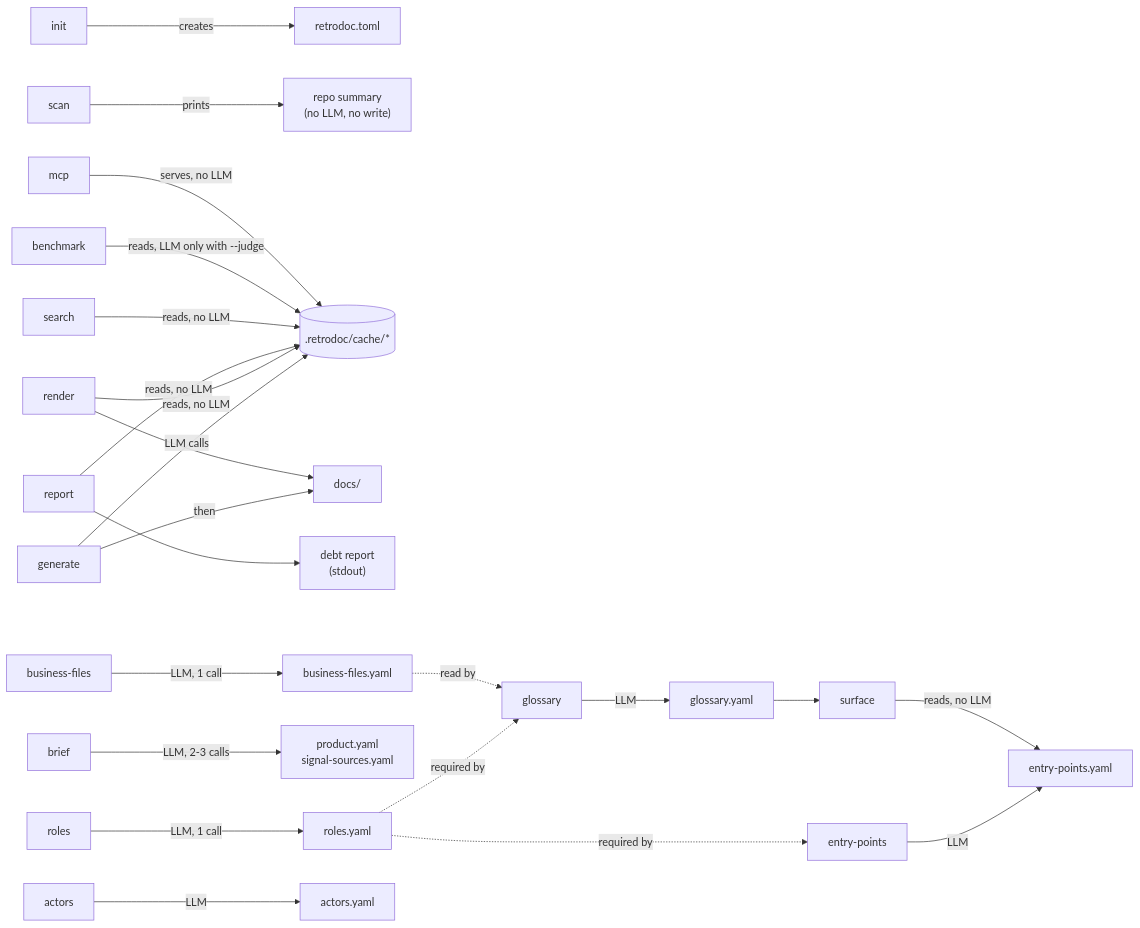
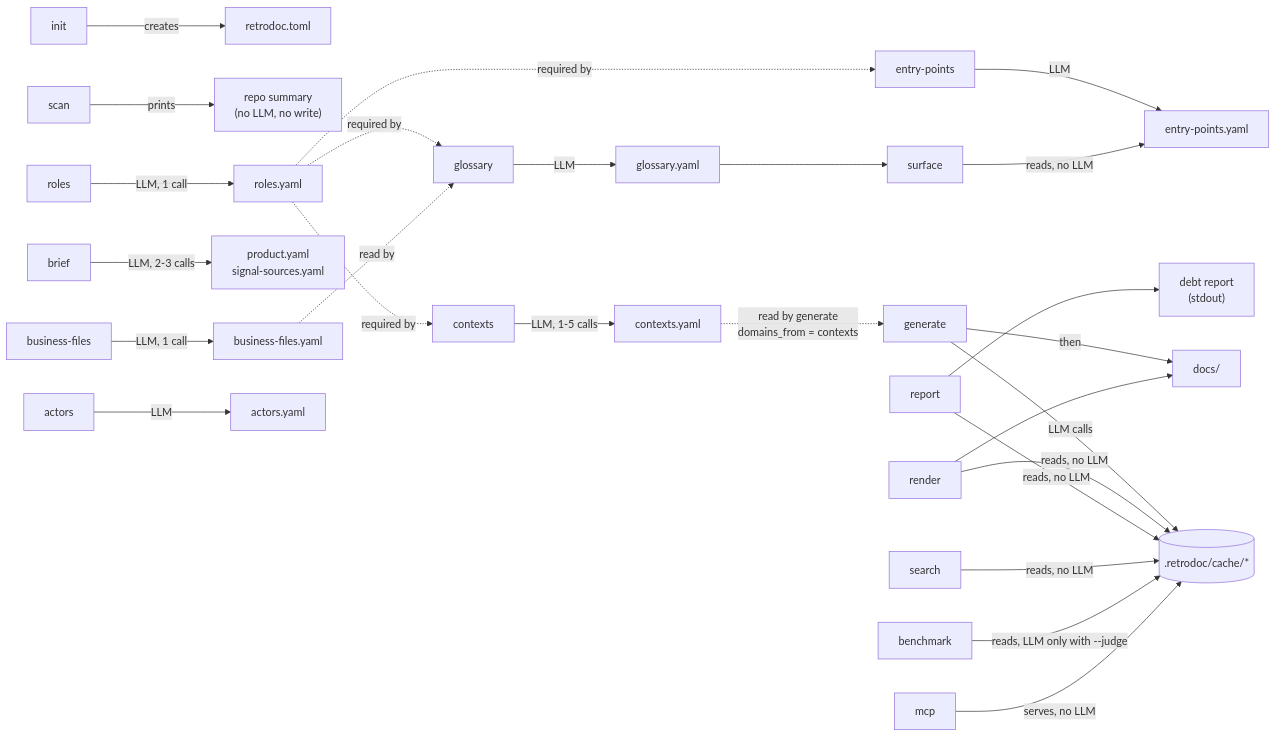
Before and after one commit to Electron-libre/RetroDoc: the third of 9 diagrams in docs/ARCHITECTURE.md, drawn with Mermaid. The commit also changed other lines of this file and 1 other file, not shown here.

Commit message:
docs: list the contexts command and phase in the plan and architecture
Add retrodoc contexts to the command list of the plan, a node and a
bullet to the architecture map, and the bounded contexts phase to
the roadmap.

````diff
--- a/docs/ARCHITECTURE.md
+++ b/docs/ARCHITECTURE.md
@@ -65,25 +65,28 @@
 ```mermaid
 flowchart LR
     init["init"] -->|creates| toml["retrodoc.toml"]
     scan["scan"] -->|prints| sum["repo summary<br/>(no LLM, no write)"]
     gen["generate"] -->|LLM calls| art[(".retrodoc/cache/*")]
     gen -->|then| out["docs/"]
     ren["render"] -->|reads, no LLM| art
     ren --> out
     rep["report"] -->|reads, no LLM| art
     rep --> debt["debt report<br/>(stdout)"]
     roles["roles"] -->|LLM, 1 call| rolesyaml["roles.yaml"]
     brief["brief"] -->|LLM, 2-3 calls| prodyaml["product.yaml<br/>signal-sources.yaml"]
     biz["business-files"] -->|LLM, 1 call| bizyaml["business-files.yaml"]
+    ctx["contexts"] -->|LLM, 1-5 calls| ctxyaml["contexts.yaml"]
+    rolesyaml -.->|required by| ctx
+    ctxyaml -.->|read by generate<br/>domains_from = contexts| gen
     gloss["glossary"] -->|LLM| glossyaml["glossary.yaml"]
     rolesyaml -.->|required by| gloss
     bizyaml -.->|read by| gloss
     ep["entry-points"] -->|LLM| epyaml["entry-points.yaml"]
     act["actors"] -->|LLM| actyaml["actors.yaml"]
     rolesyaml -.->|required by| ep
     surf["surface"] -->|reads, no LLM| epyaml
     glossyaml --> surf
     srch["search"] -->|reads, no LLM| art
     bench["benchmark"] -->|reads, LLM only with --judge| art
     mcpcmd["mcp"] -->|serves, no LLM| art
 ```
````
